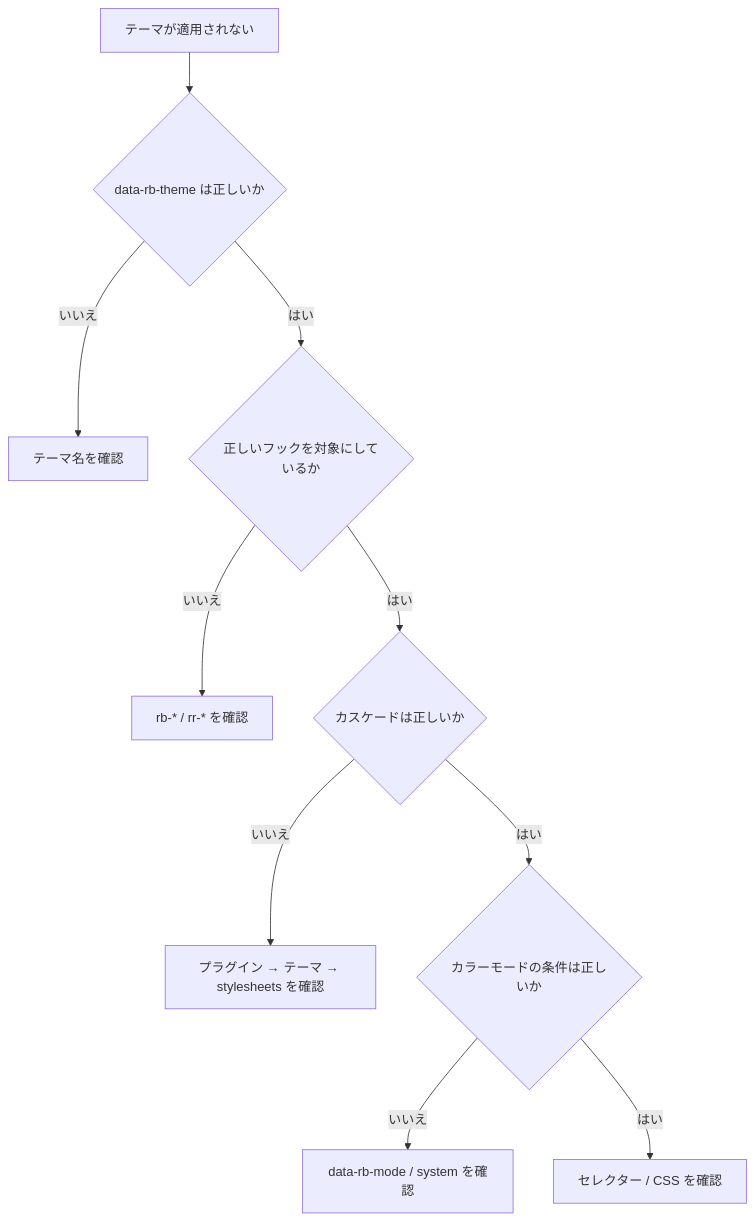
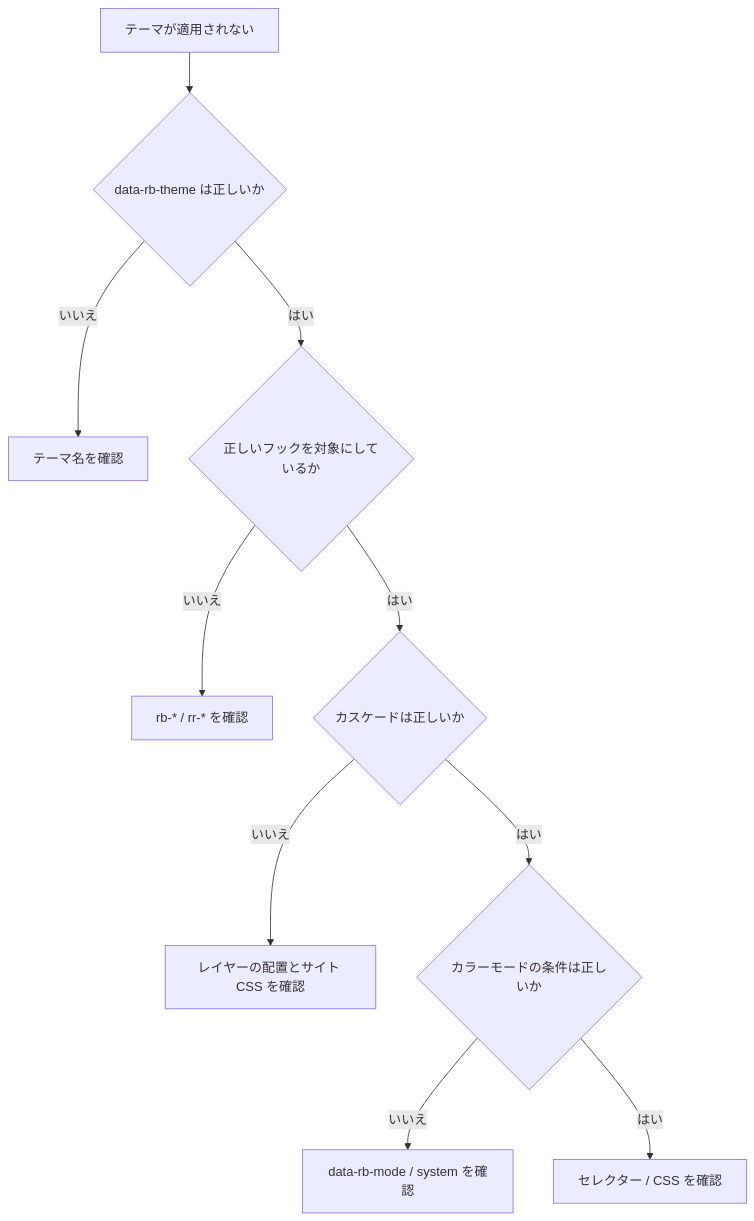
The second of 2 diagrams in docs/docs/framework/theme-system/css.ja.md (Rerurate514/riebeckite), drawn with Mermaid before and after one commit. The commit also changed other lines of this file and 18 other files, not shown here.

````diff
--- a/docs/docs/framework/theme-system/css.ja.md
+++ b/docs/docs/framework/theme-system/css.ja.md
@@ -229,17 +233,17 @@
 ```mermaid id="pm3ukv"
 flowchart TD
     Start["テーマが適用されない"]
 
     Start --> Name{"data-rb-theme は正しいか"}
     Name -->|いいえ| FixName["テーマ名を確認"]
     Name -->|はい| Hook{"正しいフックを対象にしているか"}
 
     Hook -->|いいえ| FixHook["rb-* / rr-* を確認"]
     Hook -->|はい| Cascade{"カスケードは正しいか"}
 
-    Cascade -->|いいえ| FixCascade["プラグイン → テーマ → stylesheets を確認"]
+    Cascade -->|いいえ| FixCascade["レイヤーの配置とサイト CSS を確認"]
     Cascade -->|はい| Mode{"カラーモードの条件は正しいか"}
 
     Mode -->|いいえ| FixMode["data-rb-mode / system を確認"]
     Mode -->|はい| CSS["セレクター / CSS を確認"]
 ```
````
